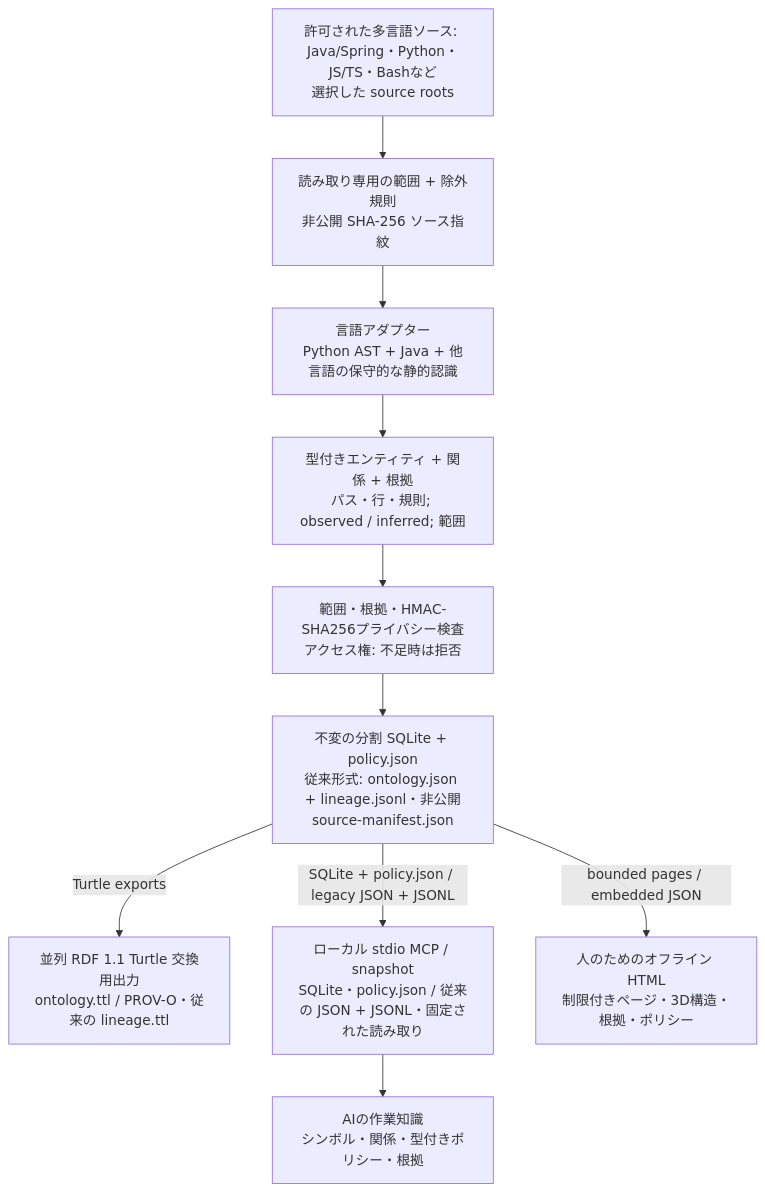
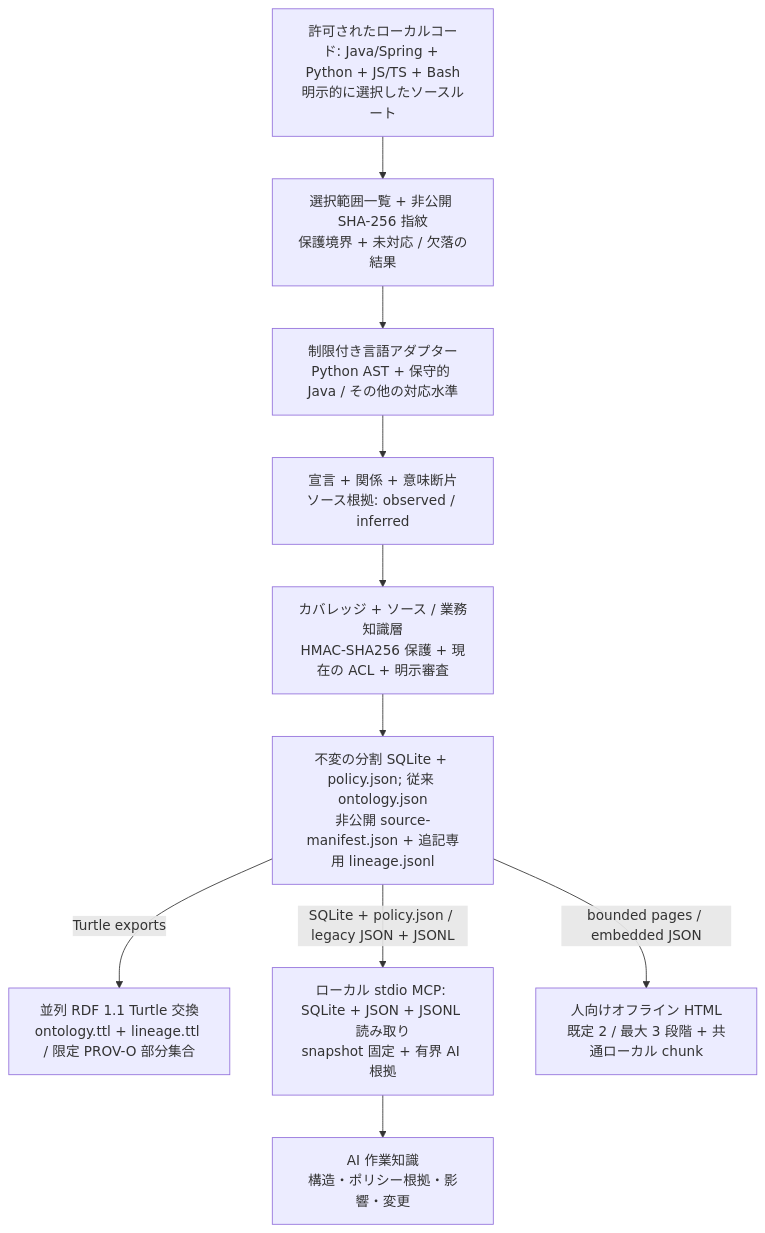
The diagram in README.ja.md (battle-doll/code-ontology-companion), drawn with Mermaid before and after one commit. The commit also changed other lines of this file and 180 other files, not shown here.

First line of the commit message:
Release 0.9.3: strengthen ontology policy evidence and bounded human views

````diff
--- a/README.ja.md
+++ b/README.ja.md
@@ -27,22 +50,22 @@
 ```mermaid
 flowchart TB
-    source["許可された多言語ソース: Java/Spring・Python・JS/TS・Bashなど<br/>選択した source roots"]
-    scope["読み取り専用の範囲 + 除外規則<br/>非公開 SHA-256 ソース指紋"]
-    adapters["言語アダプター<br/>Python AST + Java + 他言語の保守的な静的認識"]
-    evidence["型付きエンティティ + 関係 + 根拠<br/>パス・行・規則; observed / inferred; 範囲"]
-    gate["範囲・根拠・HMAC-SHA256プライバシー検査<br/>アクセス権: 不足時は拒否"]
-    snapshot["不変の分割 SQLite + policy.json<br/>従来形式: ontology.json + lineage.jsonl・非公開source-manifest.json"]
-    rdf["並列 RDF 1.1 Turtle 交換用出力<br/>ontology.ttl / PROV-O・従来の lineage.ttl"]
-    mcp["ローカル stdio MCP / snapshot<br/>SQLite・policy.json / 従来の JSON + JSONL・固定された読み取り"]
-    ai["AIの作業知識<br/>シンボル・関係・型付きポリシー・根拠"]
-    human["人のためのオフライン HTML<br/>制限付きページ・3D構造・根拠・ポリシー"]
+    source["許可されたローカルコード: Java/Spring + Python + JS/TS + Bash<br/>明示的に選択したソースルート"]
+    scope["選択範囲一覧 + 非公開 SHA-256 指紋<br/>保護境界 + 未対応 / 欠落の結果"]
+    adapters["制限付き言語アダプター<br/>Python AST + 保守的 Java / その他の対応水準"]
+    evidence["宣言 + 関係 + 意味断片<br/>ソース根拠: observed / inferred"]
+    gate["カバレッジ + ソース / 業務知識層<br/>HMAC-SHA256 保護 + 現在の ACL + 明示審査"]
+    snapshot["不変の分割 SQLite + policy.json; 従来 ontology.json<br/>非公開 source-manifest.json + 追記専用 lineage.jsonl"]
+    rdf["並列 RDF 1.1 Turtle 交換<br/>ontology.ttl + lineage.ttl / 限定 PROV-O 部分集合"]
+    mcp["ローカル stdio MCP: SQLite + JSON + JSONL 読み取り<br/>snapshot 固定 + 有界 AI 根拠"]
+    ai["AI 作業知識<br/>構造・ポリシー根拠・影響・変更"]
+    human["人向けオフライン HTML<br/>既定 2 / 最大 3 段階 + 共通ローカル chunk"]
     source --> scope
     scope --> adapters
     adapters --> evidence
     evidence --> gate
     gate --> snapshot
     snapshot -->|Turtle exports| rdf
     snapshot -->|SQLite + policy.json / legacy JSON + JSONL| mcp
     mcp --> ai
     snapshot -->|bounded pages / embedded JSON| human
 ```
````
